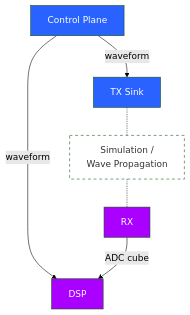
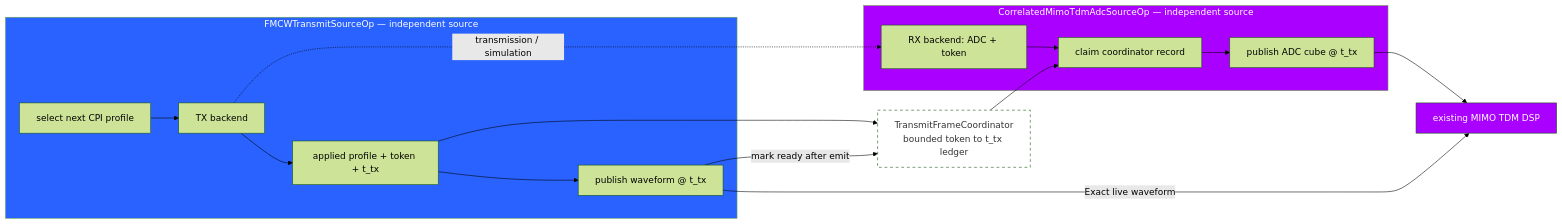
The diagram in control-plane-diagram.mmd (nvidia-holoscan/holoscan-radar), drawn with Mermaid (forest theme) before and after one commit. The commit also changed 16 other files, not shown here.

Commit message:
Applications: Add multi-profile MIMO TDM workflow

```diff
--- a/control-plane-diagram.mmd
+++ b/control-plane-diagram.mmd
@@ -1,13 +1,22 @@
-flowchart TD
-    CP["Control Plane"] -->|waveform| TX["TX Sink"]
-    CP -->|waveform| DSP["DSP"]
-    %% CP -->|flush trigger| RX["RX Source"]
-    TX -.- SIM["Simulation / \n Wave Propagation"]
-    SIM -.- RX
-    RX -->|ADC cube| DSP
+flowchart LR
+    subgraph TX["FMCWTransmitSourceOp — independent source"]
+        SELECT["select next CPI profile"] --> DRIVER["TX backend"]
+        DRIVER --> APPLIED["applied profile + token + t_tx"]
+        APPLIED --> WAVEFORM["publish waveform @ t_tx"]
+    end
+    COORD["TransmitFrameCoordinator<br/>bounded token to t_tx ledger"]
+    subgraph RX["CorrelatedMimoTdmAdcSourceOp — independent source"]
+        RXDRIVER["RX backend: ADC + token"] --> CLAIM["claim coordinator record"]
+        CLAIM --> ADC["publish ADC cube @ t_tx"]
+    end
+    APPLIED --> COORD
+    WAVEFORM -->|"mark ready after emit"| COORD
+    COORD --> CLAIM
+    DRIVER -. "transmission / simulation" .-> RXDRIVER
+    ADC --> DSP["existing MIMO TDM DSP"]
+    WAVEFORM -->|"Exact live waveform"| DSP
 
-    style CP fill:#2962FF, color:#FFFFFF
     style TX fill:#2962FF, color:#FFFFFF
     style RX fill:#AA00FF, color:#FFFFFF
     style DSP fill:#AA00FF, color:#FFFFFF
-    style SIM fill:#FFFFFF, color:#333333, stroke-dasharray: 5 5
+    style COORD fill:#FFFFFF, color:#333333, stroke-dasharray: 5 5
```
